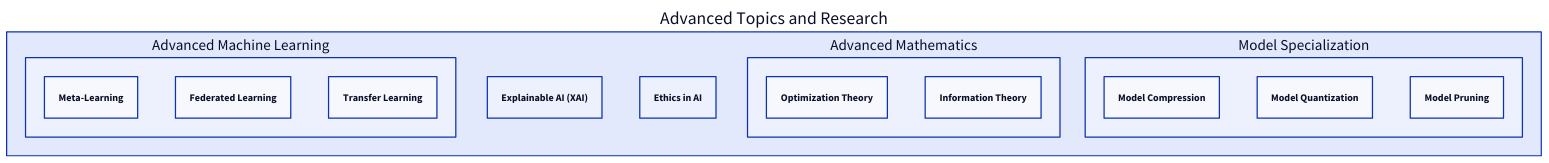
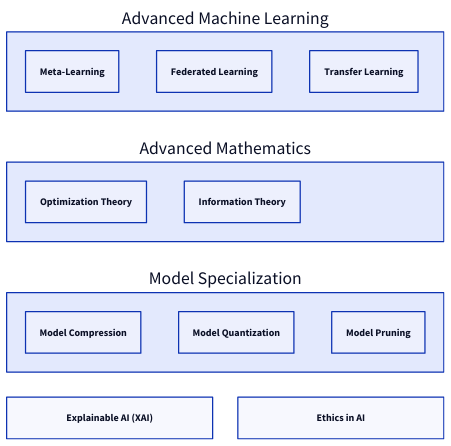
The diagram in blogs/computer-vision-road-map/advanced_topics_research.d2 (maycuatroi/blog), drawn with D2 before and after one commit. The commit also changed 21 other files, not shown here.

Commit message:
- update roadmap

```diff
--- a/blogs/computer-vision-road-map/advanced_topics_research.d2
+++ b/blogs/computer-vision-road-map/advanced_topics_research.d2
@@ -1,43 +1,42 @@
+label: "Advanced Topics and Research"
+advanced_machine_learning: {
+  label: "Advanced Machine Learning"
+  meta_learning: {
+    label: "Meta-Learning"
+  }
+  federated_learning: {
+    label: "Federated Learning"
+  }
+  transfer_learning: {
+    label: "Transfer Learning"
+  }
+}
+advanced_mathematics: {
+  label: "Advanced Mathematics"
+  optimization_theory: {
+    label: "Optimization Theory"
+  }
+  information_theory: {
+    label: "Information Theory"
+  }
+}
+model_specialization: {
+  label: "Model Specialization"
+  model_compression: {
+    label: "Model Compression"
+  }
+  model_quantization: {
+    label: "Model Quantization"
+  }
+  model_pruning: {
+    label: "Model Pruning"
+  }
+}
+explainable_ai: {
+  label: "Explainable AI (XAI)"
+}
+ethics_in_ai: {
+  label: "Ethics in AI"
+}
 
-advanced_topics_research: {
-    label: "Advanced Topics and Research"
-    advanced_machine_learning: {
-      label: "Advanced Machine Learning"
-      meta_learning: {
-        label: "Meta-Learning"
-      }
-      federated_learning: {
-        label: "Federated Learning"
-      }
-      transfer_learning: {
-        label: "Transfer Learning"
-      }
-    }
-    advanced_mathematics: {
-      label: "Advanced Mathematics"
-      optimization_theory: {
-        label: "Optimization Theory"
-      }
-      information_theory: {
-        label: "Information Theory"
-      }
-    }
-    model_specialization: {
-      label: "Model Specialization"
-      model_compression: {
-        label: "Model Compression"
-      }
-      model_quantization: {
-        label: "Model Quantization"
-      }
-      model_pruning: {
-        label: "Model Pruning"
-      }
-    }
-    explainable_ai: {
-      label: "Explainable AI (XAI)"
-    }
-    ethics_in_ai: {
-      label: "Ethics in AI"
-    }
-  }
+grid-rows: 4
```
